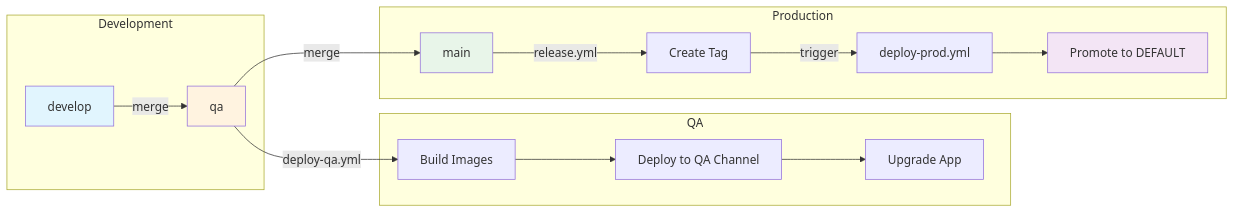
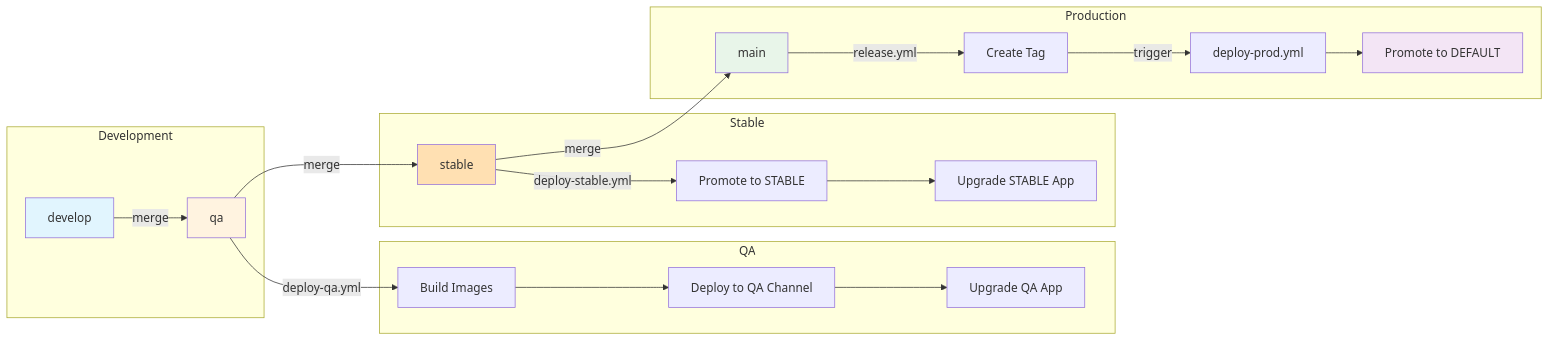
Before and after one commit to BLEND360/blendx-sfguide-mktplace: the first of 3 diagrams in docs/DEPLOYMENT.md, drawn with Mermaid. The commit also changed other lines of this file and 22 other files, not shown here.

````diff
--- a/docs/DEPLOYMENT.md
+++ b/docs/DEPLOYMENT.md
@@ -7,24 +7,31 @@
 ```mermaid
 flowchart LR
     subgraph Development
         A[develop] -->|merge| B[qa]
     end
 
     subgraph QA
         B -->|deploy-qa.yml| C[Build Images]
         C --> D[Deploy to QA Channel]
-        D --> E[Upgrade App]
+        D --> E[Upgrade QA App]
+    end
+
+    subgraph Stable
+        B -->|merge| F[stable]
+        F -->|deploy-stable.yml| G[Promote to STABLE]
+        G --> G2[Upgrade STABLE App]
     end
 
     subgraph Production
-        B -->|merge| F[main]
-        F -->|release.yml| G[Create Tag]
-        G -->|trigger| H[deploy-prod.yml]
-        H --> I[Promote to DEFAULT]
+        F -->|merge| H[main]
+        H -->|release.yml| I[Create Tag]
+        I -->|trigger| J[deploy-prod.yml]
+        J --> K[Promote to DEFAULT]
     end
 
     style A fill:#e1f5fe
     style B fill:#fff3e0
-    style F fill:#e8f5e9
-    style I fill:#f3e5f5
+    style F fill:#ffe0b2
+    style H fill:#e8f5e9
+    style K fill:#f3e5f5
 ```
````
